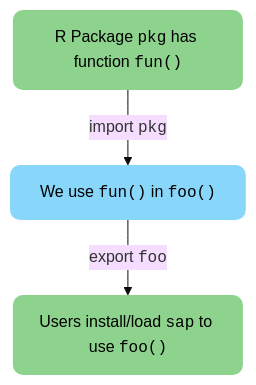
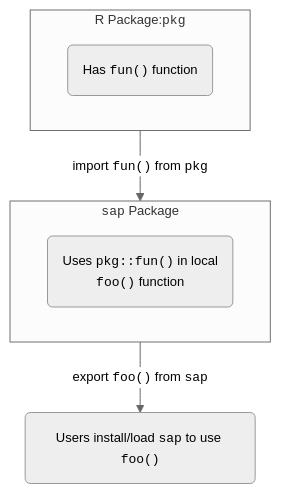
The first of 3 diagrams in dependencies.qmd (mjfrigaard/shiny-app-pkgs), drawn with Mermaid before and after one commit. The commit also changed other lines of this file and 74 other files, not shown here.

````diff
--- a/dependencies.qmd
+++ b/dependencies.qmd
@@ -100,18 +202,16 @@
 ```{mermaid}
-%%| fig-width: 6.5
+%%| fig-cap: 'Handling package dependencies'
 %%| fig-align: center
-%%| fig-cap: 'The `NAMESPACE` and `DESCRIPTION` handle package dependencies'
-%%{init: {'theme': 'base', 'themeVariables': { 'fontFamily': 'monospace'}}}%%
+%%{init: {'theme': 'neutral', 'themeVariables': { 'fontFamily': 'monospace', "fontSize":"13px"}}}%%
 flowchart TD
-    sap["We use <code>fun()</code> in <code>foo()</code>"]
-    Pkg("R Package <code>pkg</code> has function <code>fun()</code>")
+    subgraph RPkg["R Package:<code>pkg</code>"]
+        fun("Has <code>fun()</code> function")
+    end
+    subgraph SapPkg["<code>sap</code> Package"]
+    sap("Uses <code>pkg::fun()</code> in local<br><code>foo()</code> function")
+    end
     Users("Users install/load <code>sap</code> to use <code>foo()</code>")
-
-    Pkg -->|import <code>pkg</code>| sap
-    sap -->|export <code>foo</code>| Users
-    
-    style sap fill:#89D6FB,color:#000000,stroke:none,rx:10,ry:10;
-    style Pkg fill:#8dd38d,color:#000000,stroke:none,rx:10,ry:10;
-    style Users fill:#8dd38d,color:#000000,stroke:none,rx:10,ry:10;
+    RPkg -->|"import <code>fun()</code> from <code>pkg</code>"| SapPkg
+    SapPkg -->|"export <code>foo()</code> from <code>sap</code>"| Users
 
 ```
````
